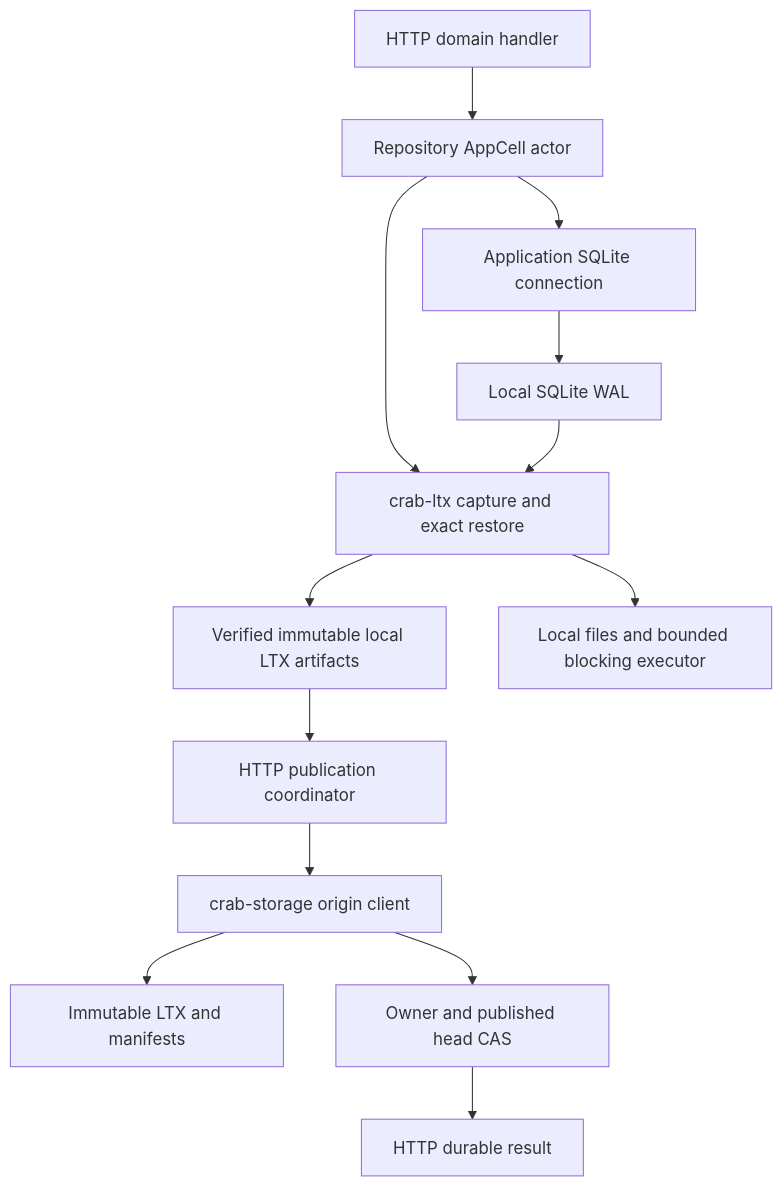
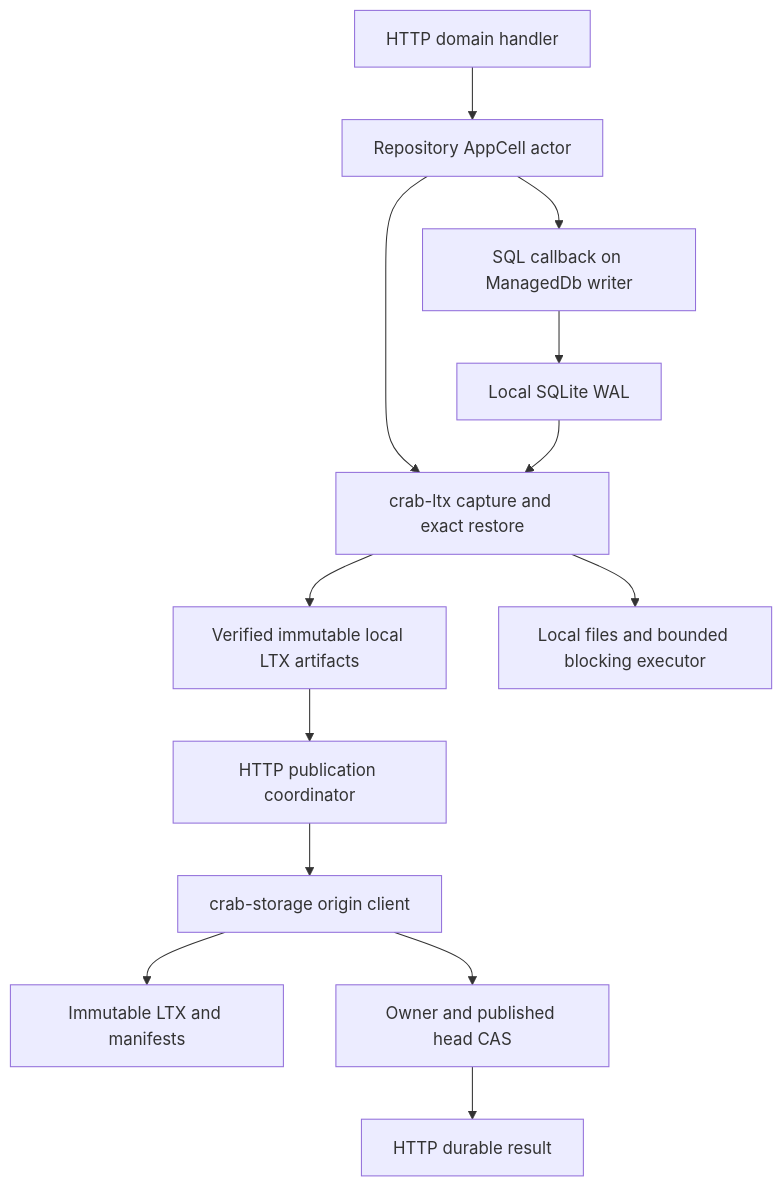
Before and after one commit to crabbuild/crab: the first of 2 diagrams in crates/crab-http-server/next-architecture/crab-ltx.md, drawn with Mermaid. The commit also changed other lines of this file and 35 other files, not shown here.

````diff
--- a/crates/crab-http-server/next-architecture/crab-ltx.md
+++ b/crates/crab-http-server/next-architecture/crab-ltx.md
@@ -66,15 +85,15 @@
 ```mermaid
 flowchart TB
     Handler[HTTP domain handler] --> Actor[Repository AppCell actor]
-    Actor --> SQL[Application SQLite connection]
+    Actor --> SQL[SQL callback on ManagedDb writer]
     Actor --> LTX[crab-ltx capture and exact restore]
     SQL --> WAL[Local SQLite WAL]
     WAL --> LTX
     LTX --> Segments[Verified immutable local LTX artifacts]
     Segments --> Coordinator[HTTP publication coordinator]
     Coordinator --> Store[crab-storage origin client]
     Store --> Graph[Immutable LTX and manifests]
     Store --> Control[Owner and published head CAS]
     Control --> Proof[HTTP durable result]
     LTX --> Disk[Local files and bounded blocking executor]
 ```
````
